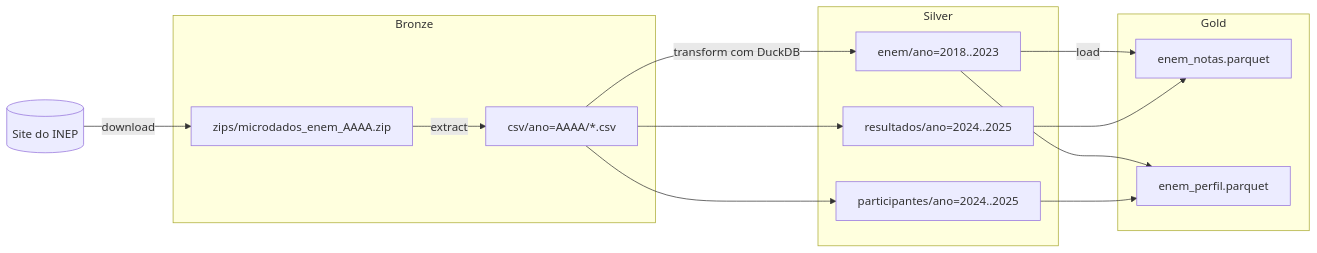
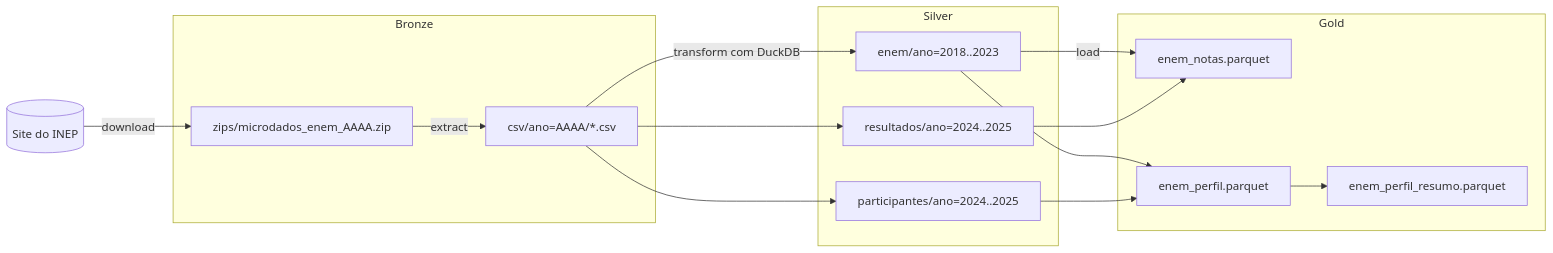
The diagram in README.md (GabrielSartoriMosquer/enem_projeto_aplicado), drawn with Mermaid before and after one commit. The commit also changed other lines of this file and 3 other files, not shown here.

First line of the commit message:
Gera na gold o resumo do perfil dos inscritos

````diff
--- a/README.md
+++ b/README.md
@@ -10,30 +10,32 @@
 ```mermaid
 flowchart LR
     INEP[(Site do INEP)] -->|download| ZIP
 
     subgraph Bronze
         ZIP[zips/microdados_enem_AAAA.zip]
         CSV[csv/ano=AAAA/*.csv]
         ZIP -->|extract| CSV
     end
 
     subgraph Silver
         ENEM[enem/ano=2018..2023]
         PART[participantes/ano=2024..2025]
         RES[resultados/ano=2024..2025]
     end
 
     CSV -->|transform com DuckDB| ENEM
     CSV --> PART
     CSV --> RES
 
     subgraph Gold
         NOTAS[enem_notas.parquet]
         PERFIL[enem_perfil.parquet]
+        RESUMO[enem_perfil_resumo.parquet]
     end
 
     ENEM -->|load| NOTAS
     RES --> NOTAS
     ENEM --> PERFIL
     PART --> PERFIL
+    PERFIL --> RESUMO
 ```
````
